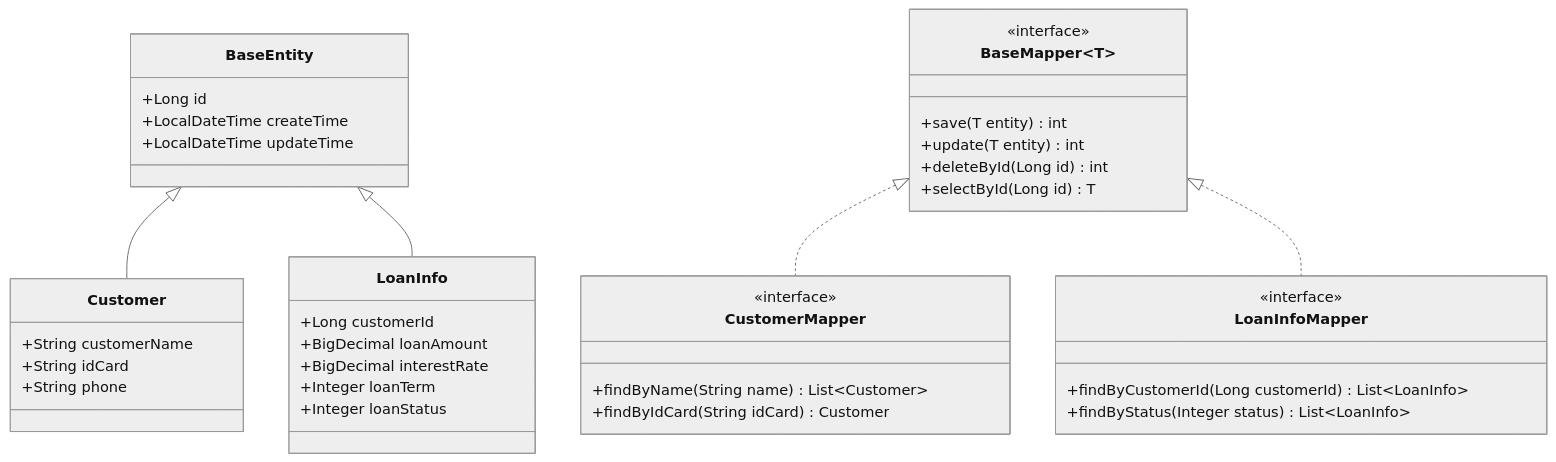
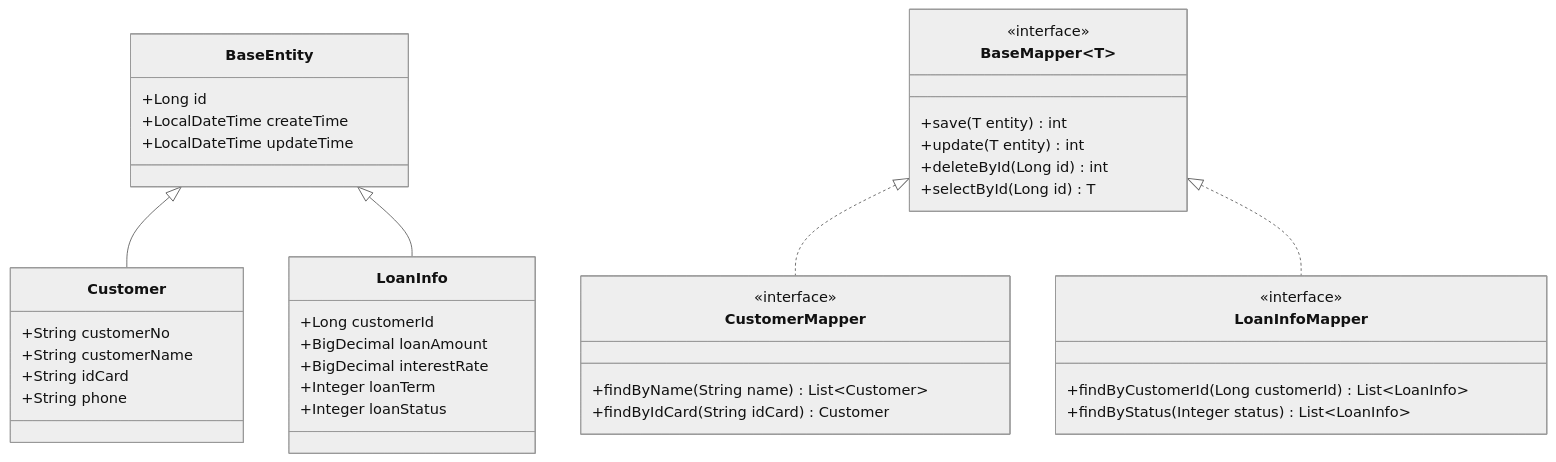
The diagram in all/未命名.md (skyopk/iodraw-files), drawn with Mermaid (neutral theme) before and after one commit.

Commit message:
2025-03-25 08:50:35 update

````diff
--- a/all/未命名.md
+++ b/all/未命名.md
@@ -1,47 +1,48 @@
 ```mermaid
 classDiagram
     class BaseEntity {
         +Long id
         +LocalDateTime  createTime
         +LocalDateTime  updateTime
     }
     
     class BaseMapper~T~ {
         <<interface>>
         +save(T entity) int
         +update(T entity) int
         +deleteById(Long id) int
         +selectById(Long id) T
     }
     
     class Customer {
+        +String customerNo
         +String customerName
         +String idCard
         +String phone
     }
     
     class LoanInfo {
         +Long customerId
         +BigDecimal loanAmount
         +BigDecimal interestRate
         +Integer loanTerm
         +Integer loanStatus
     }
     
     class CustomerMapper {
         <<interface>>
         +findByName(String name) List~Customer~
         +findByIdCard(String idCard) Customer
     }
     
     class LoanInfoMapper {
         <<interface>>
         +findByCustomerId(Long customerId) List~LoanInfo~
         +findByStatus(Integer status) List~LoanInfo~
     }
     
     BaseEntity <|-- Customer
     BaseEntity <|-- LoanInfo
     BaseMapper~BaseEntity~ <|.. CustomerMapper
     BaseMapper~BaseEntity~ <|.. LoanInfoMapper
 ```
````
